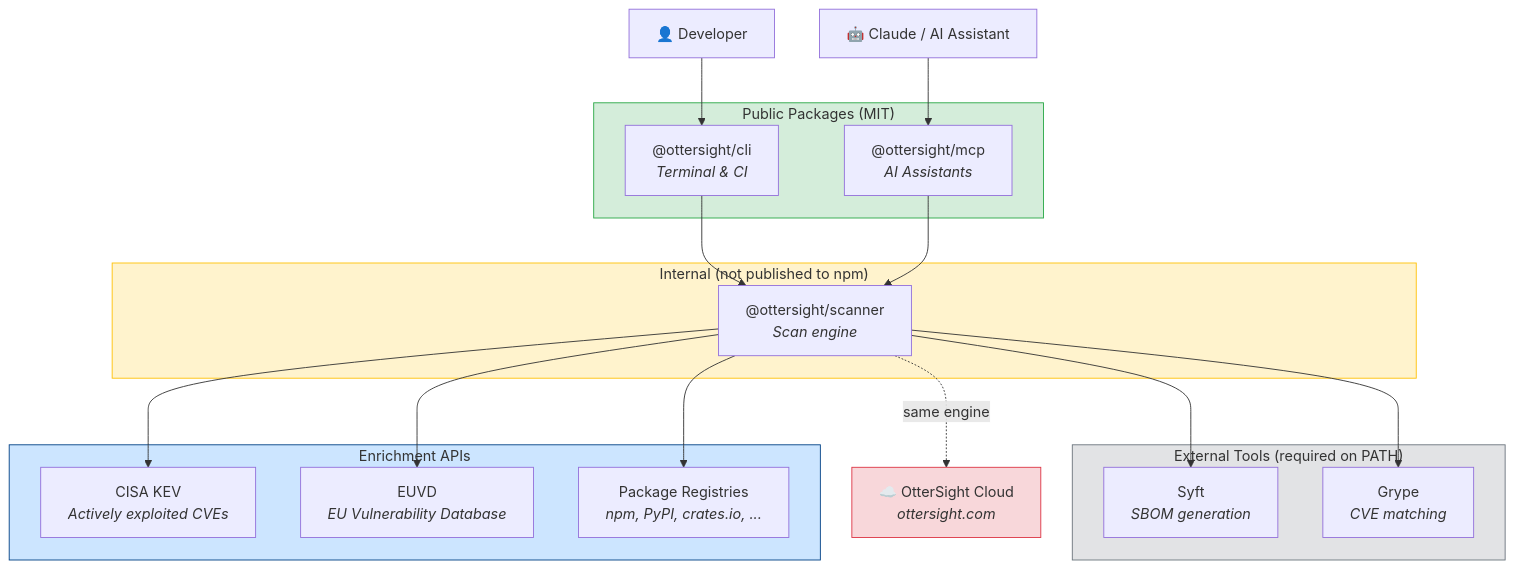
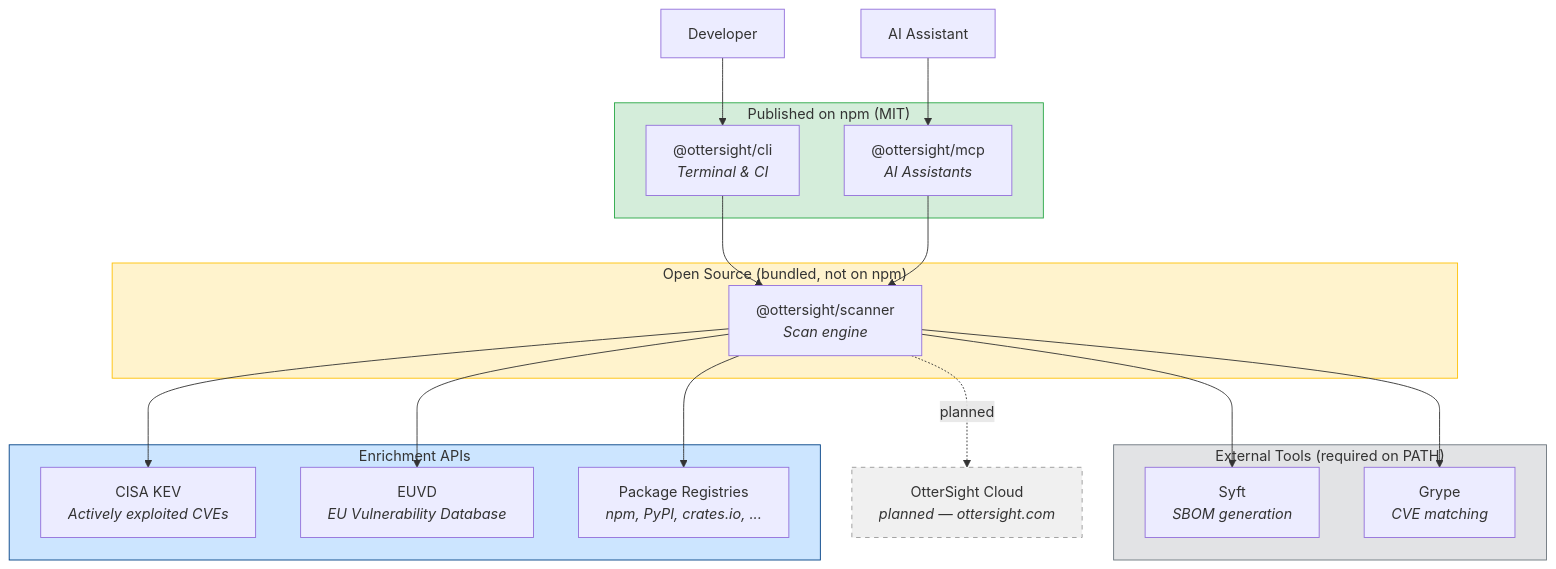
Before and after one commit to Ottersight/ottersight-cli: the diagram in README.md, drawn with Mermaid. The commit also changed other lines of this file, not shown here.

Commit message:
docs: clarify scanner as open source + bundled, mark cloud as planned, add contributor guide

````diff
--- a/README.md
+++ b/README.md
@@ -27,41 +27,41 @@
 ```mermaid
 graph TB
-    subgraph Public["Public Packages (MIT)"]
+    subgraph Public["Published on npm (MIT)"]
         CLI["@ottersight/cli<br/><i>Terminal & CI</i>"]
         MCP["@ottersight/mcp<br/><i>AI Assistants</i>"]
     end
 
-    subgraph Internal["Internal (not published to npm)"]
+    subgraph Core["Open Source (bundled, not on npm)"]
         Scanner["@ottersight/scanner<br/><i>Scan engine</i>"]
     end
 
     subgraph Tools["External Tools (required on PATH)"]
         Syft["Syft<br/><i>SBOM generation</i>"]
         Grype["Grype<br/><i>CVE matching</i>"]
     end
 
     subgraph Enrichment["Enrichment APIs"]
         KEV["CISA KEV<br/><i>Actively exploited CVEs</i>"]
         EUVD["EUVD<br/><i>EU Vulnerability Database</i>"]
         Registries["Package Registries<br/><i>npm, PyPI, crates.io, ...</i>"]
     end
 
-    User["👤 Developer"] --> CLI
-    AI["🤖 Claude / AI Assistant"] --> MCP
+    User["Developer"] --> CLI
+    AI["AI Assistant"] --> MCP
     CLI --> Scanner
     MCP --> Scanner
     Scanner --> Syft
     Scanner --> Grype
     Scanner --> KEV
     Scanner --> EUVD
     Scanner --> Registries
 
-    Cloud["☁️ OtterSight Cloud<br/><i>ottersight.com</i>"]
-    Scanner -.->|"same engine"| Cloud
+    Cloud["OtterSight Cloud<br/><i>planned — ottersight.com</i>"]
+    Scanner -.->|"planned"| Cloud
 
     style Public fill:#d4edda,stroke:#28a745
-    style Internal fill:#fff3cd,stroke:#ffc107
+    style Core fill:#fff3cd,stroke:#ffc107
     style Tools fill:#e2e3e5,stroke:#6c757d
     style Enrichment fill:#cce5ff,stroke:#004085
-    style Cloud fill:#f8d7da,stroke:#dc3545
+    style Cloud fill:#f0f0f0,stroke:#999,stroke-dasharray: 5 5
 ```
````
